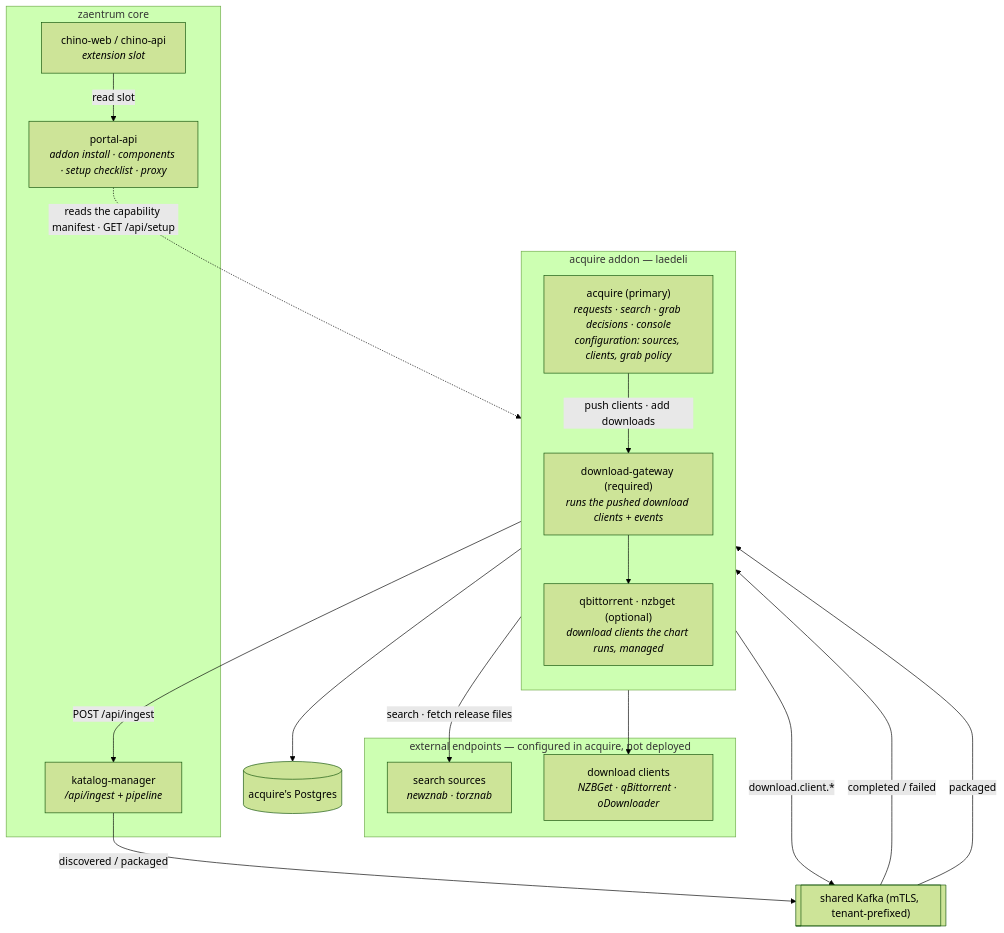
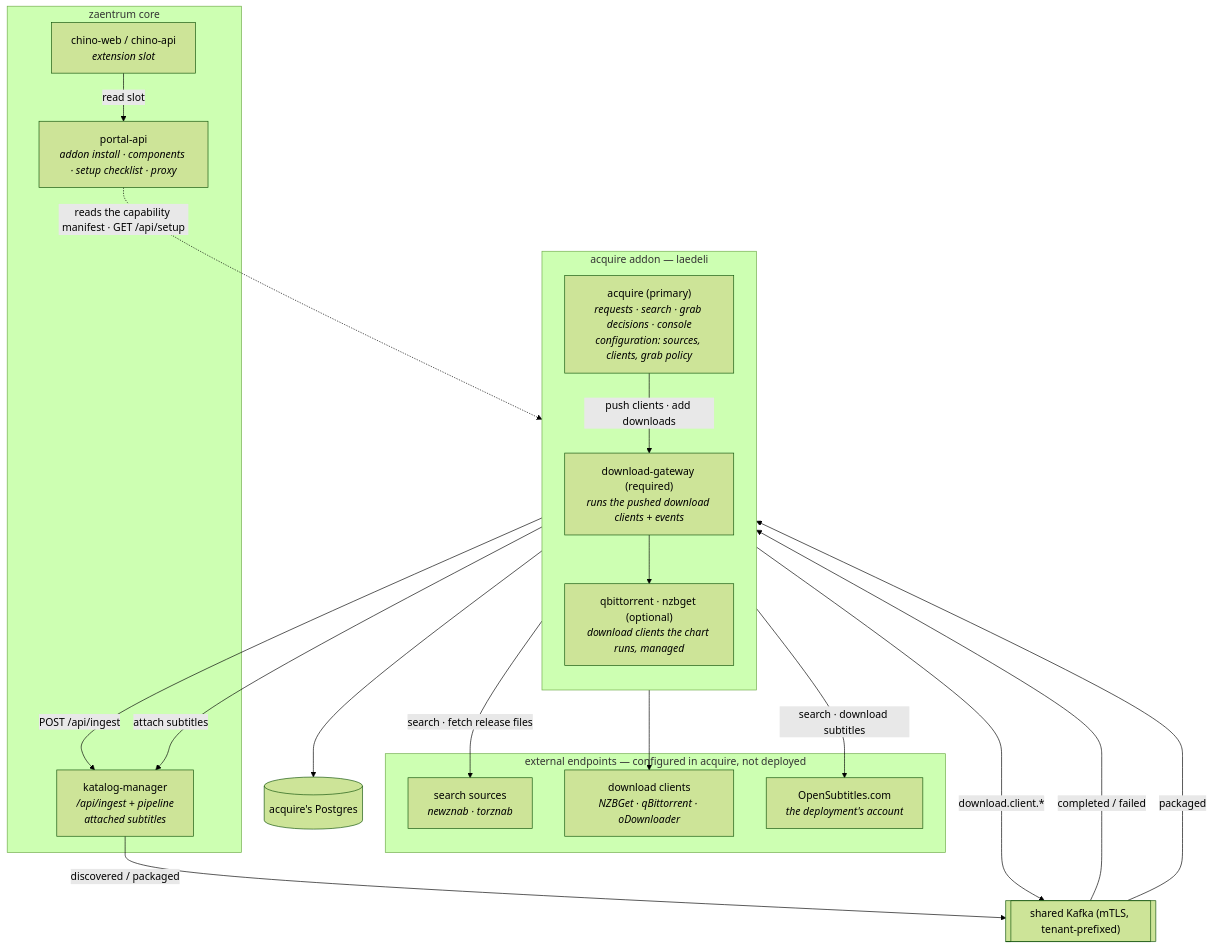
Before and after one commit to laedeli/acquire: the second of 2 diagrams in docs/architecture.md, drawn with Mermaid (forest theme). The commit also changed other lines of this file and 3 other files, not shown here.

Commit message:
docs: subtitles in the instance's languages — the order of the work, how a match is found and ranked, the daily budget and what waits, the console, the API, the attach seam, what the deployment gives

````diff
--- a/docs/architecture.md
+++ b/docs/architecture.md
@@ -144,33 +162,36 @@
 ```mermaid
 flowchart TB
     subgraph addon["acquire addon — laedeli"]
         direction TB
         ACQ["acquire (primary)<br/><i>requests · search · grab decisions · console<br/>configuration: sources, clients, grab policy</i>"]
         GW["download-gateway (required)<br/><i>runs the pushed download clients + events</i>"]
         MDC["qbittorrent · nzbget (optional)<br/><i>download clients the chart runs, managed</i>"]
     end
     subgraph external["external endpoints — configured in acquire, not deployed"]
         SRC["search sources<br/><i>newznab · torznab</i>"]
         DC["download clients<br/><i>NZBGet · qBittorrent · oDownloader</i>"]
+        OS["OpenSubtitles.com<br/><i>the deployment's account</i>"]
     end
     subgraph coreapp["zaentrum core"]
         POR["portal-api<br/><i>addon install · components · setup checklist · proxy</i>"]
         WEB["chino-web / chino-api<br/><i>extension slot</i>"]
-        KMG["katalog-manager<br/><i>/api/ingest + pipeline</i>"]
+        KMG["katalog-manager<br/><i>/api/ingest + pipeline<br/>attached subtitles</i>"]
     end
     DB[("acquire's Postgres")]
     BUS[["shared Kafka (mTLS, tenant-prefixed)"]]
 
     POR -.->|"reads the capability manifest · GET /api/setup"| ACQ
     WEB -->|"read slot"| POR
     ACQ --> DB
     ACQ -->|"search · fetch release files"| SRC
     ACQ -->|"push clients · add downloads"| GW
     GW --> DC
     GW --> MDC
     GW -->|"download.client.*"| BUS
     BUS -->|"completed / failed"| ACQ
     ACQ -->|"POST /api/ingest"| KMG
+    ACQ -->|"search · download subtitles"| OS
+    ACQ -->|"attach subtitles"| KMG
     KMG -->|"discovered / packaged"| BUS
     BUS -->|"packaged"| ACQ
 ```
````
